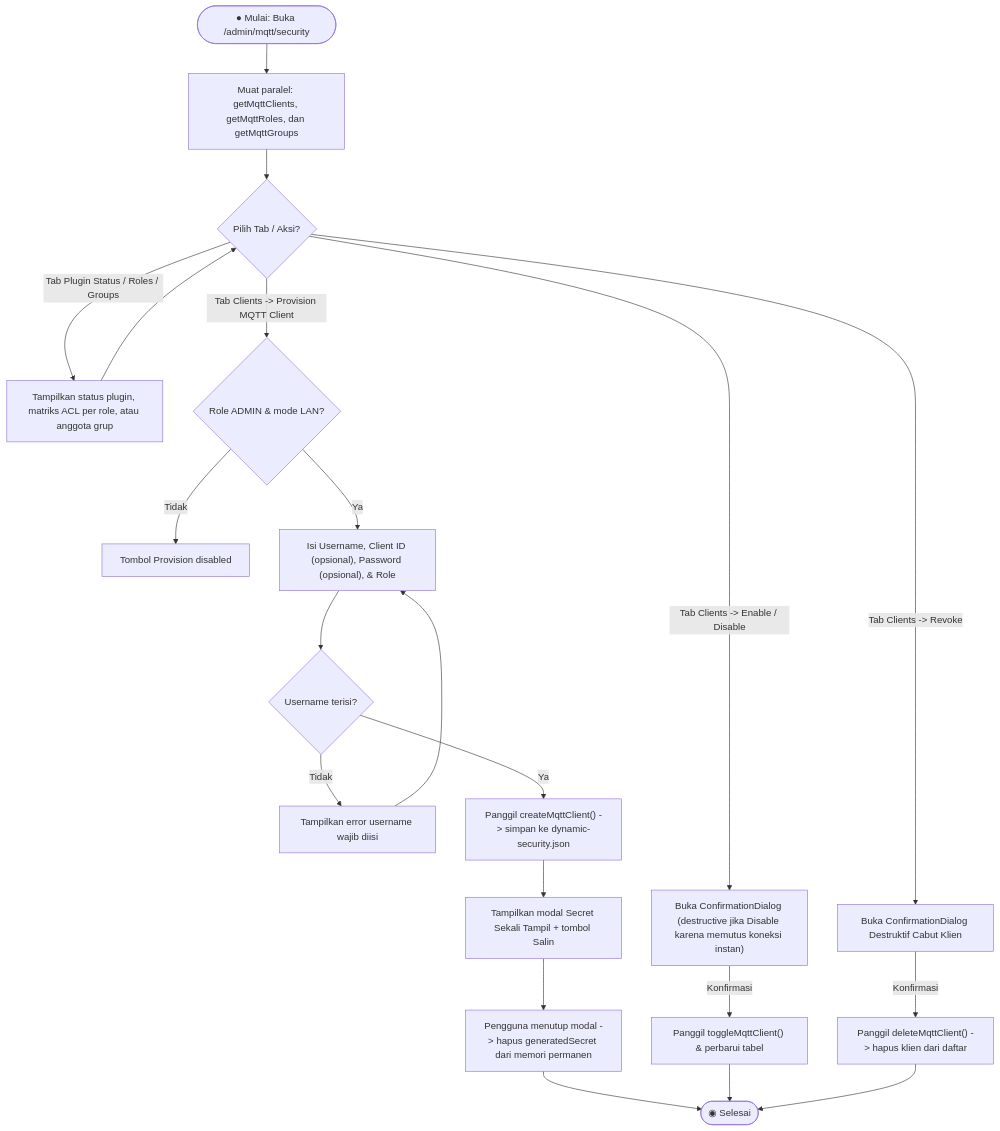
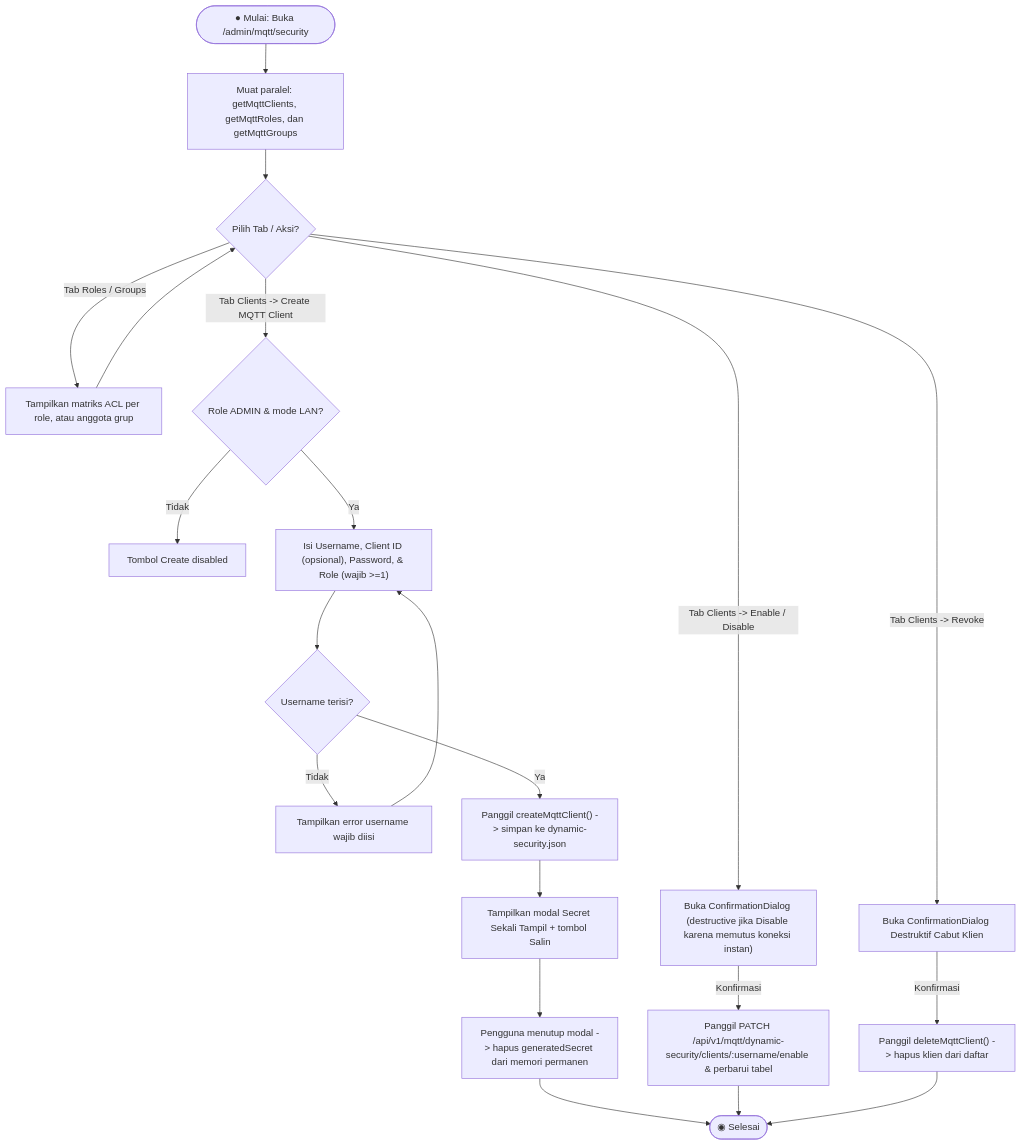
Diagram 16 of 25 in PAGE_DOCUMENTATION.md (affadk/iiot-oee-admin-panel), drawn with Mermaid before and after one commit. The commit also changed other lines of this file and 12 other files, not shown here.

Commit message:
FAT-168 docs: arsip 3 dokumen gap tertutup + perbarui dokumentasi admin panel

````diff
--- a/PAGE_DOCUMENTATION.md
+++ b/PAGE_DOCUMENTATION.md
@@ -674,27 +701,27 @@
 ```mermaid
 flowchart TD
     Start(["● Mulai: Buka /admin/mqtt/security"]) --> LoadDynSec["Muat paralel: getMqttClients, getMqttRoles, dan getMqttGroups"]
     LoadDynSec --> SelectTab{"Pilih Tab / Aksi?"}
 
-    SelectTab -- "Tab Plugin Status / Roles / Groups" --> ViewData["Tampilkan status plugin, matriks ACL per role, atau anggota grup"]
+    SelectTab -- "Tab Roles / Groups" --> ViewData["Tampilkan matriks ACL per role, atau anggota grup"]
     ViewData --> SelectTab
 
-    SelectTab -- "Tab Clients -> Provision MQTT Client" --> CheckAdmin{"Role ADMIN & mode LAN?"}
-    CheckAdmin -- Tidak --> Blocked["Tombol Provision disabled"]
-    CheckAdmin -- Ya --> FillClient["Isi Username, Client ID (opsional), Password (opsional), & Role"]
+    SelectTab -- "Tab Clients -> Create MQTT Client" --> CheckAdmin{"Role ADMIN & mode LAN?"}
+    CheckAdmin -- Tidak --> Blocked["Tombol Create disabled"]
+    CheckAdmin -- Ya --> FillClient["Isi Username, Client ID (opsional), Password, & Role (wajib >=1)"]
     FillClient --> ValidClient{"Username terisi?"}
     ValidClient -- Tidak --> ErrClient["Tampilkan error username wajib diisi"]
     ErrClient --> FillClient
     ValidClient -- Ya --> CallProvision["Panggil createMqttClient() -> simpan ke dynamic-security.json"]
     CallProvision --> ShowOnce["Tampilkan modal Secret Sekali Tampil + tombol Salin"]
     ShowOnce --> CloseSecret["Pengguna menutup modal -> hapus generatedSecret dari memori permanen"]
     CloseSecret --> End(["◉ Selesai"])
 
     SelectTab -- "Tab Clients -> Enable / Disable" --> ConfirmToggle["Buka ConfirmationDialog (destructive jika Disable karena memutus koneksi instan)"]
-    ConfirmToggle -- Konfirmasi --> CallToggle["Panggil toggleMqttClient() & perbarui tabel"]
+    ConfirmToggle -- Konfirmasi --> CallToggle["Panggil PATCH /api/v1/mqtt/dynamic-security/clients/:username/enable & perbarui tabel"]
     CallToggle --> End
 
     SelectTab -- "Tab Clients -> Revoke" --> ConfirmRevoke["Buka ConfirmationDialog Destruktif Cabut Klien"]
     ConfirmRevoke -- Konfirmasi --> CallRevoke["Panggil deleteMqttClient() -> hapus klien dari daftar"]
     CallRevoke --> End
 ```
````
